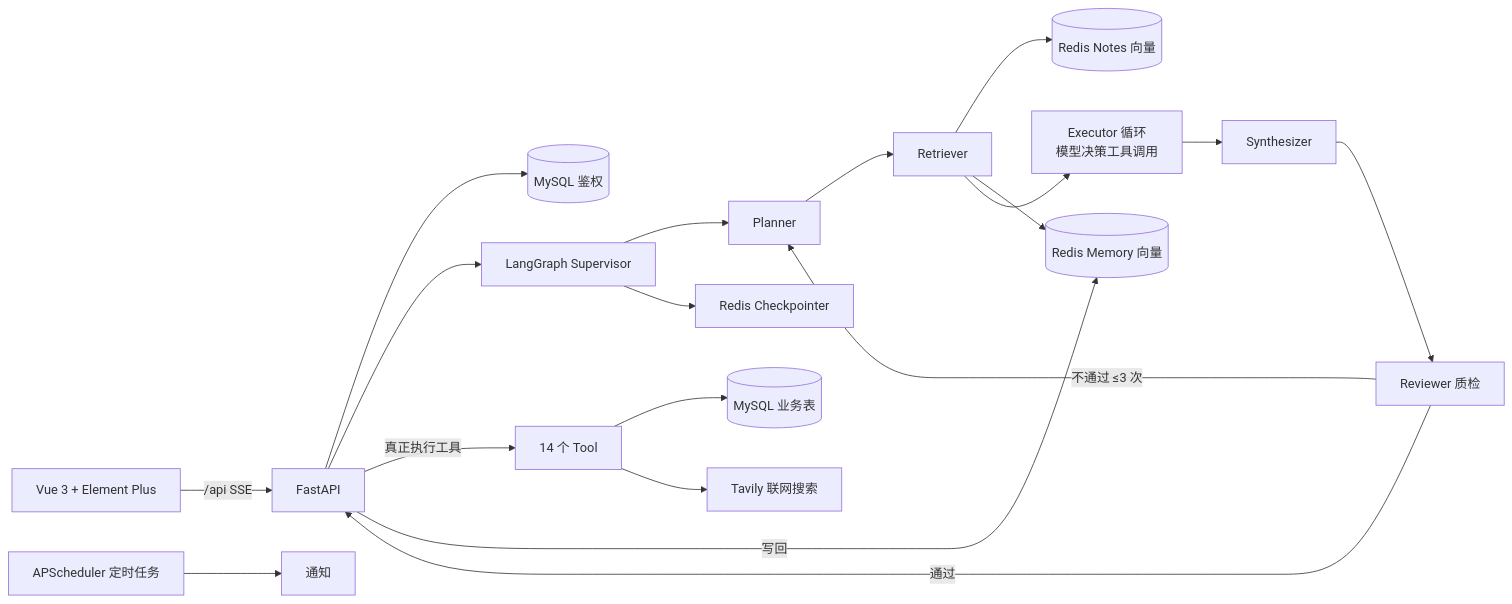
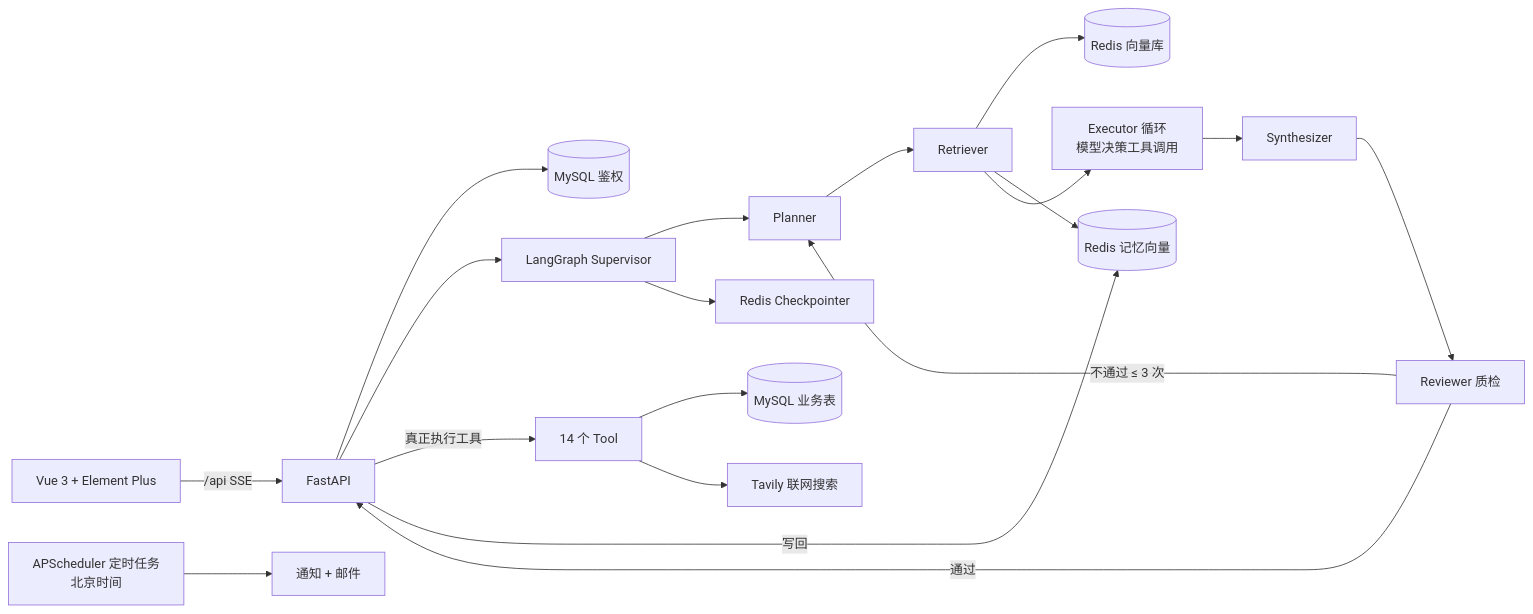
The diagram in README.md (zywser/LifeAgent), drawn with Mermaid before and after one commit. The commit also changed other lines of this file and 3 other files, not shown here.

````diff
--- a/README.md
+++ b/README.md
@@ -26,18 +28,18 @@
 ```mermaid
 flowchart LR
   Web[Vue 3 + Element Plus] -->|/api SSE| API[FastAPI]
   API --> Auth[(MySQL 鉴权)]
   API --> G[LangGraph Supervisor]
   G --> P[Planner] --> R[Retriever]
-  R --> N[(Redis Notes 向量)] & M[(Redis Memory 向量)]
+  R --> N[(Redis 向量库)] & M[(Redis 记忆向量)]
   R --> E[Executor 循环<br/>模型决策工具调用]
   E --> S[Synthesizer] --> V[Reviewer 质检]
-  V -->|不通过 ≤3 次| P
+  V -->|不通过 ≤ 3 次| P
   V -->|通过| API
   API -->|真正执行工具| T[14 个 Tool]
   T --> DB[(MySQL 业务表)]
   T --> TV[Tavily 联网搜索]
   API -->|写回| M
   G --> CK[Redis Checkpointer]
-  Sched[APScheduler 定时任务] --> Noti[通知]
+  Sched[APScheduler 定时任务<br/>北京时间] --> Noti[通知 + 邮件]
 ```
````
